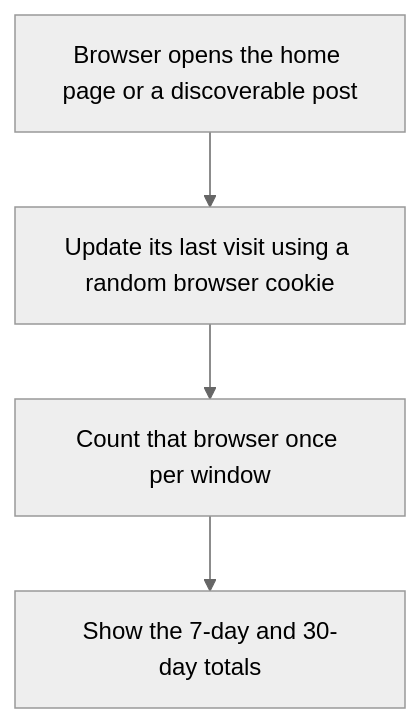
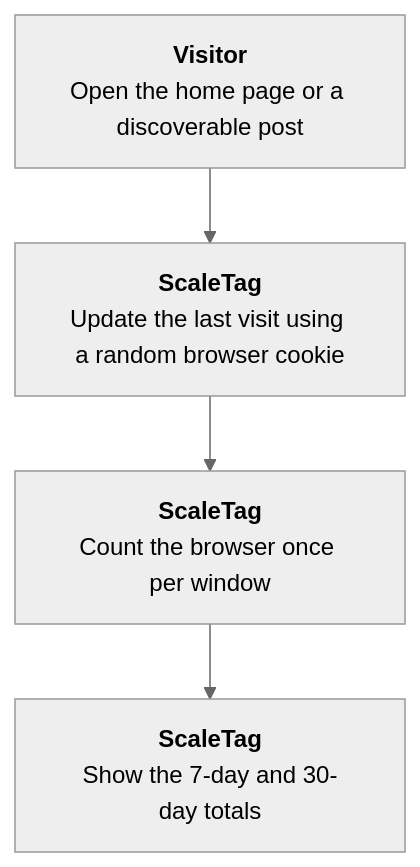
Before and after one commit to ChrisXHLeung/ScaleTag: diagram 11 of 11 in README.md, drawn with Mermaid (neutral theme). The commit also changed other lines of this file and 4 other files, not shown here.

Commit message:
Identify actors in ScaleTag feature workflows

````diff
--- a/README.md
+++ b/README.md
@@ -146,6 +153,6 @@
 ```mermaid
 flowchart TD
-    A["Browser opens the home page or a discoverable post"] --> B["Update its last visit using a random browser cookie"]
-    B --> C["Count that browser once per window"]
-    C --> D["Show the 7-day and 30-day totals"]
+    A["<b>Visitor</b><br/>Open the home page or a discoverable post"] --> B["<b>ScaleTag</b><br/>Update the last visit using a random browser cookie"]
+    B --> C["<b>ScaleTag</b><br/>Count the browser once per window"]
+    C --> D["<b>ScaleTag</b><br/>Show the 7-day and 30-day totals"]
 ```
````
